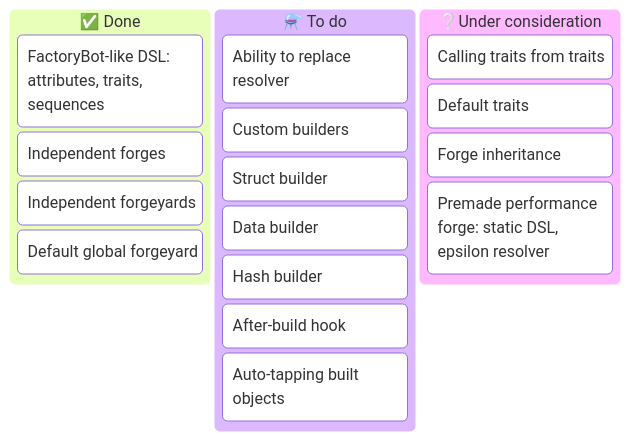
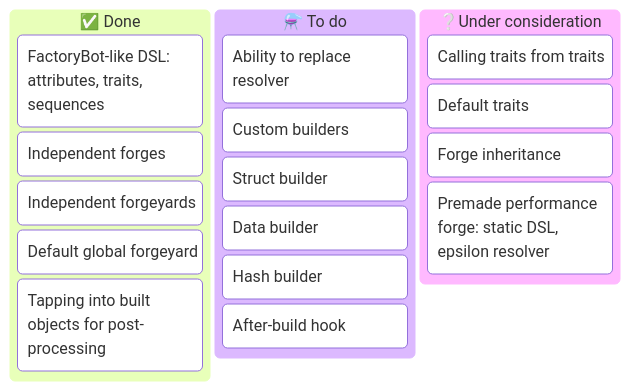
Before and after one commit to trinistr/object_forge: the diagram in README.md, drawn with Mermaid. The commit also changed 6 other files, not shown here.

````diff
--- a/README.md
+++ b/README.md
@@ -182,21 +182,21 @@
 ```mermaid
 kanban
   [✅ Done]
     [FactoryBot-like DSL: attributes, traits, sequences]
     [Independent forges]
     [Independent forgeyards]
     [Default global forgeyard]
+    [Tapping into built objects for post-processing]
   [⚗️ To do]
     [Ability to replace resolver]
     [Custom builders]
     [Struct builder]
     [Data builder]
     [Hash builder]
     [After-build hook]
-    [Auto-tapping built objects]
   [❔Under consideration]
     [Calling traits from traits]
     [Default traits]
     [Forge inheritance]
     [Premade performance forge: static DSL, epsilon resolver]
 ```
````
